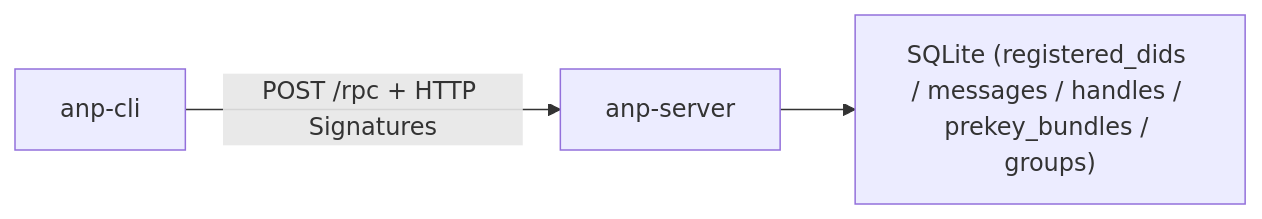
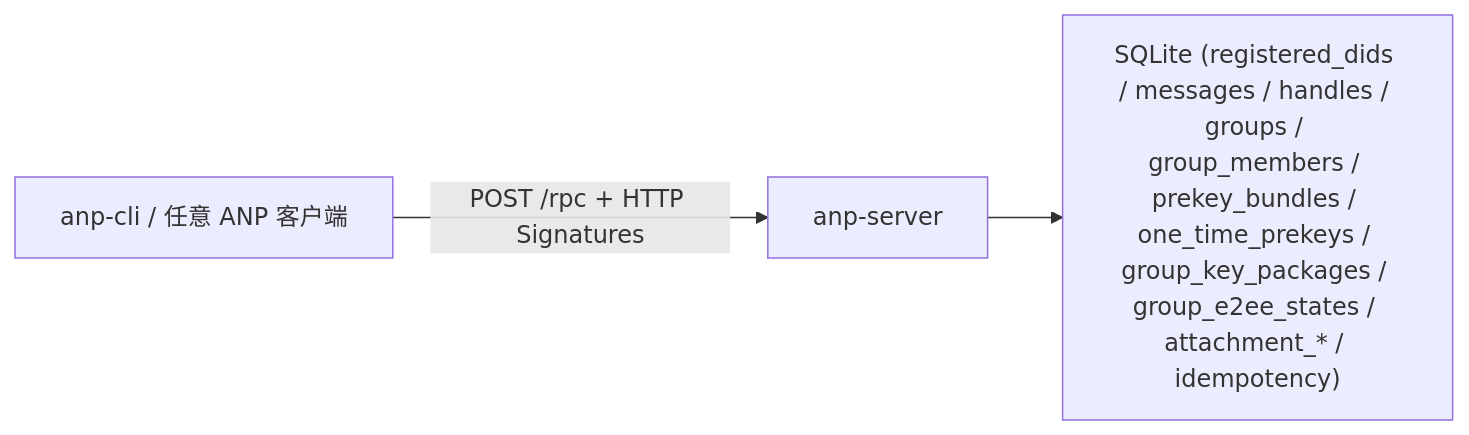
Before and after one commit to eccstartup/anp-server-go: the diagram in README.md, drawn with Mermaid. The commit also changed other lines of this file and 14 other files, not shown here.

First line of the commit message:
Implement E2EE and attachment profiles with idempotency support

````diff
--- a/README.md
+++ b/README.md
@@ -87,5 +100,5 @@
 ```mermaid
 flowchart LR
-    CLI["anp-cli"] -->|POST /rpc + HTTP Signatures| SRV["anp-server"]
-    SRV --> DB["SQLite (registered_dids / messages / handles / prekey_bundles / groups)"]
+    CLI["anp-cli / 任意 ANP 客户端"] -->|POST /rpc + HTTP Signatures| SRV["anp-server"]
+    SRV --> DB["SQLite (registered_dids / messages / handles / groups / group_members / prekey_bundles / one_time_prekeys / group_key_packages / group_e2ee_states / attachment_* / idempotency)"]
 ```
````
